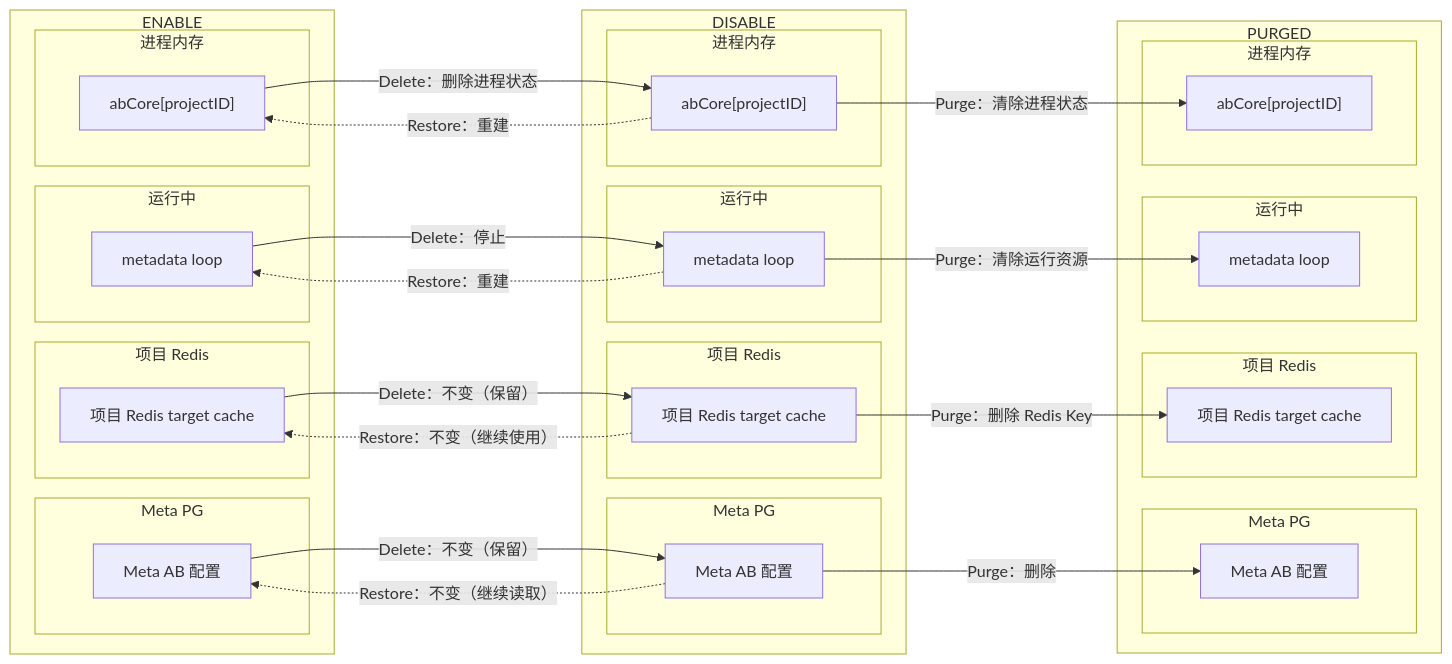
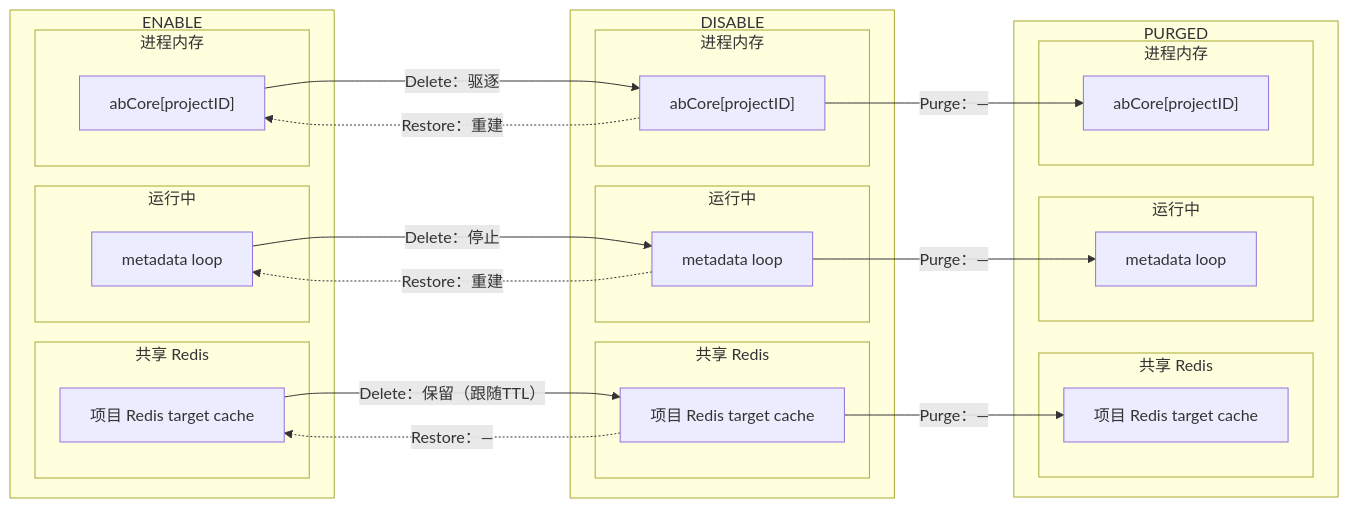
Before and after one commit to qinwenshiCH/workflow: diagram 16 of 21 in specs/20260716-Wave-Refac-OrganizationProjectLifecycle/04-detail.md, drawn with Mermaid. The commit also changed other lines of this file and 2 other files, not shown here.

First line of the commit message:
fix: 按实际代码修正全部组件的生命周期文档 — 资源台账/生命周期图/流量变化图/PM改动

````diff
--- a/specs/20260716-Wave-Refac-OrganizationProjectLifecycle/04-detail.md
+++ b/specs/20260716-Wave-Refac-OrganizationProjectLifecycle/04-detail.md
@@ -1063,60 +1019,48 @@
 ```mermaid
 flowchart LR
     subgraph enable["ENABLE"]
-        subgraph e_meta["Meta PG"]
-            EConfig["Meta AB 配置"]
-        end
-        subgraph e_redis["项目 Redis"]
+        subgraph e_redis["共享 Redis"]
             ETarget["项目 Redis target cache"]
         end
         subgraph e_runtime["运行中"]
             ELoop["metadata loop"]
         end
         subgraph e_memory["进程内存"]
             ECore["abCore[projectID]"]
         end
     end
 
     subgraph disable["DISABLE"]
-        subgraph d_meta["Meta PG"]
-            DConfig["Meta AB 配置"]
-        end
-        subgraph d_redis["项目 Redis"]
+        subgraph d_redis["共享 Redis"]
             DTarget["项目 Redis target cache"]
         end
         subgraph d_runtime["运行中"]
             DLoop["metadata loop"]
         end
         subgraph d_memory["进程内存"]
             DCore["abCore[projectID]"]
         end
     end
 
     subgraph purged["PURGED"]
-        subgraph p_meta["Meta PG"]
-            PConfig["Meta AB 配置"]
-        end
-        subgraph p_redis["项目 Redis"]
+        subgraph p_redis["共享 Redis"]
             PTarget["项目 Redis target cache"]
         end
         subgraph p_runtime["运行中"]
             PLoop["metadata loop"]
         end
         subgraph p_memory["进程内存"]
             PCore["abCore[projectID]"]
         end
     end
 
-    EConfig -->|Delete：不变（保留）| DConfig
-    ETarget -->|Delete：不变（保留）| DTarget
+    ETarget -->|Delete：保留（跟随TTL）| DTarget
     ELoop -->|Delete：停止| DLoop
-    ECore -->|Delete：删除进程状态| DCore
-    DConfig -.->|Restore：不变（继续读取）| EConfig
-    DTarget -.->|Restore：不变（继续使用）| ETarget
+    ECore -->|Delete：驱逐| DCore
+    DTarget -.->|Restore：—| ETarget
     DLoop -.->|Restore：重建| ELoop
     DCore -.->|Restore：重建| ECore
-    DConfig -->|Purge：删除| PConfig
-    DTarget -->|Purge：删除 Redis Key| PTarget
-    DLoop -->|Purge：清除运行资源| PLoop
-    DCore -->|Purge：清除进程状态| PCore
+    DTarget -->|Purge：—| PTarget
+    DLoop -->|Purge：—| PLoop
+    DCore -->|Purge：—| PCore
 ```
````
